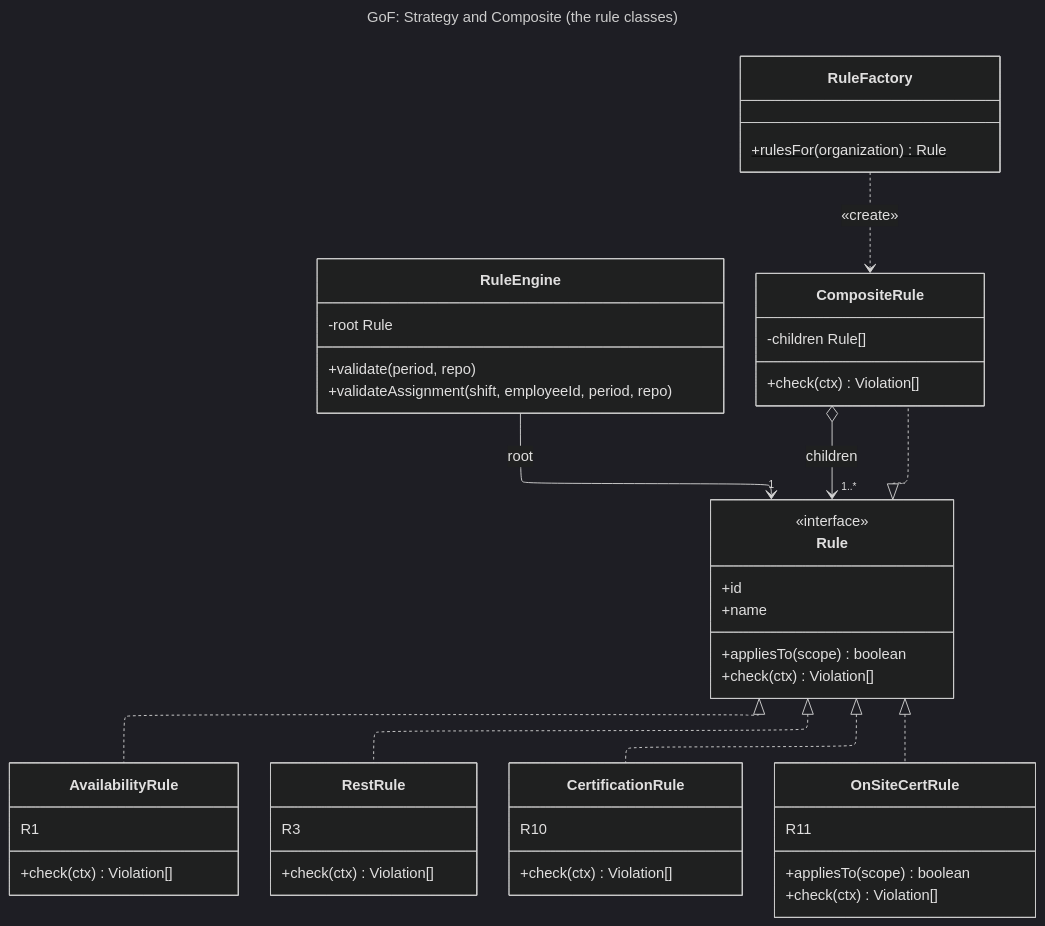
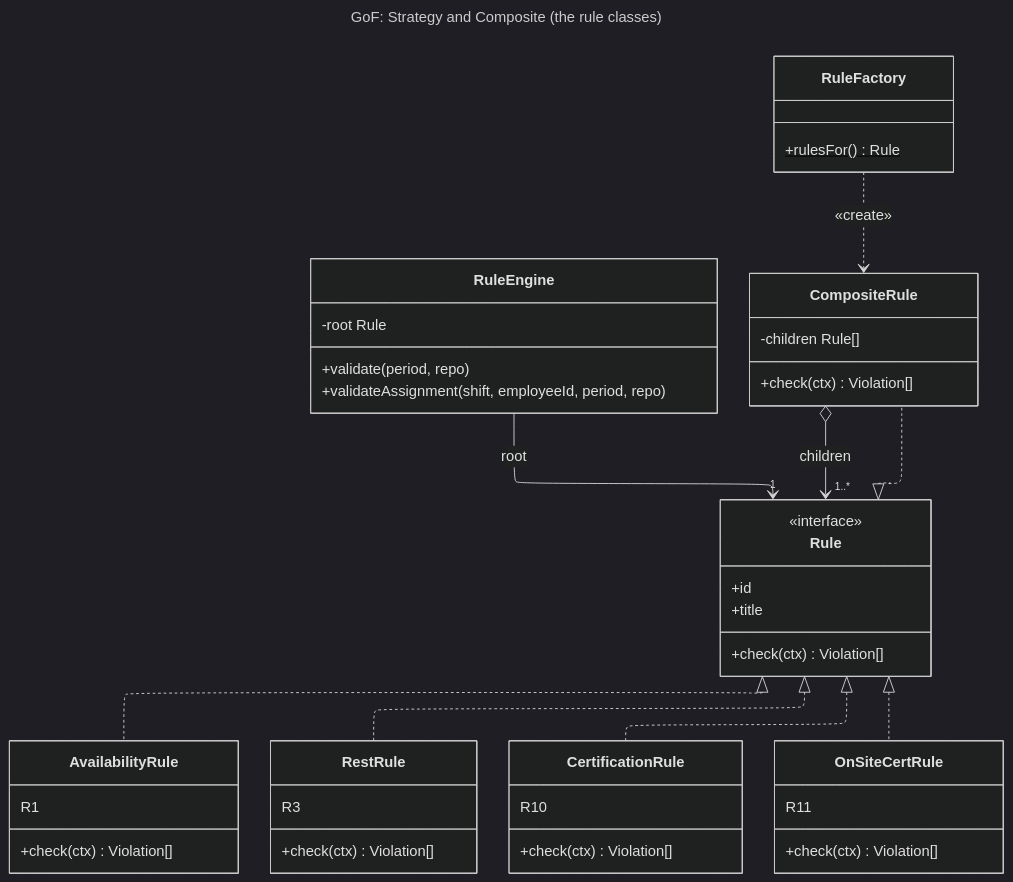
Before and after one commit to perfettiful/ShiftChex: the diagram in diagrams/mmd/patterns/gof_rules.mmd, drawn with Mermaid (dark theme). The commit also changed 98 other files, not shown here.

```diff
--- a/diagrams/mmd/patterns/gof_rules.mmd
+++ b/diagrams/mmd/patterns/gof_rules.mmd
@@ -1,55 +1,53 @@
 ---
 title: "GoF: Strategy and Composite (the rule classes)"
 config:
   layout: elk
 ---
 %% Strategy: every rule answers check(ctx) its own way.
 %% Composite: a CompositeRule is also a Rule, so a group is used like one rule.
 %% only four of the eleven concrete rules are drawn
 classDiagram
     direction TB
     class RuleEngine {
         -root Rule
         +validate(period, repo)
         +validateAssignment(shift, employeeId, period, repo)
     }
     class RuleFactory {
-        +rulesFor(organization)$ Rule
+        +rulesFor()$ Rule
     }
     class Rule {
         <<interface>>
         +id
-        +name
-        +appliesTo(scope) boolean
+        +title
         +check(ctx) Violation[]
     }
     class CompositeRule {
         -children Rule[]
         +check(ctx) Violation[]
     }
     class AvailabilityRule {
         R1
         +check(ctx) Violation[]
     }
     class RestRule {
         R3
         +check(ctx) Violation[]
     }
     class CertificationRule {
         R10
         +check(ctx) Violation[]
     }
     class OnSiteCertRule {
         R11
-        +appliesTo(scope) boolean
         +check(ctx) Violation[]
     }
 
     RuleEngine --> "1" Rule : root
     RuleFactory ..> CompositeRule : «create»
     Rule <|.. CompositeRule
     Rule <|.. AvailabilityRule
     Rule <|.. RestRule
     Rule <|.. CertificationRule
     Rule <|.. OnSiteCertRule
     CompositeRule o--> "1..*" Rule : children
```
